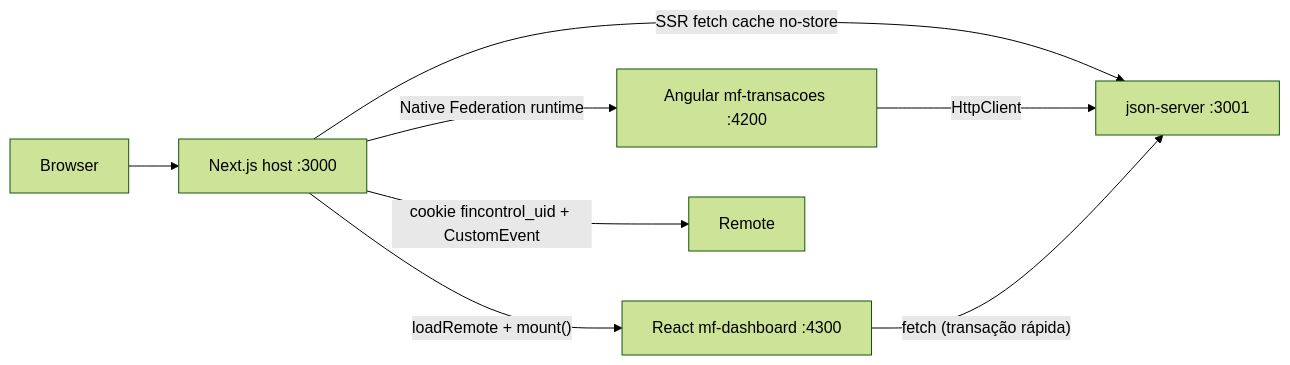
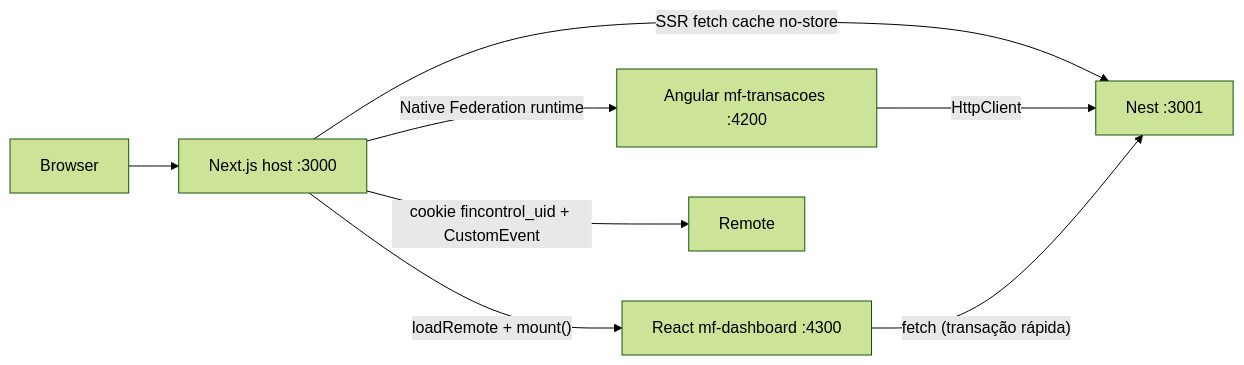
Before and after one commit to PedroMissaglia/financial-control: the first of 5 diagrams in ARQUITETURA.md, drawn with Mermaid (forest theme). The commit also changed other lines of this file and 11 other files, not shown here.

Commit message:
fix: ajustes de docker removendo json-server

````diff
--- a/ARQUITETURA.md
+++ b/ARQUITETURA.md
@@ -44,10 +47,10 @@
 ```mermaid
 flowchart LR
   Browser --> Host["Next.js host :3000"]
-  Host -->|"SSR fetch cache no-store"| Api["json-server :3001"]
+  Host -->|"SSR fetch cache no-store"| Api["Nest :3001"]
   Host -->|"Native Federation runtime"| RemoteTx["Angular mf-transacoes :4200"]
   Host -->|"loadRemote + mount()"| RemoteDash["React mf-dashboard :4300"]
   RemoteTx -->|"HttpClient"| Api
   RemoteDash -->|"fetch (transação rápida)"| Api
   Host -->|"cookie fincontrol_uid + CustomEvent"| Remote
 ```
````
